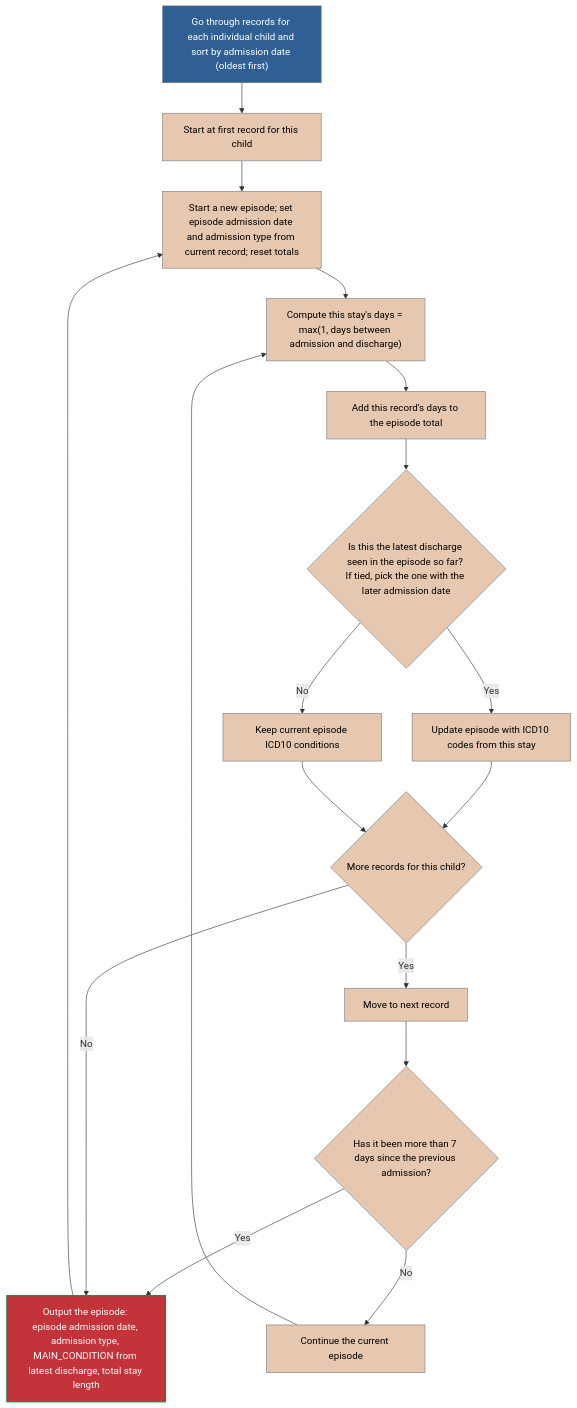
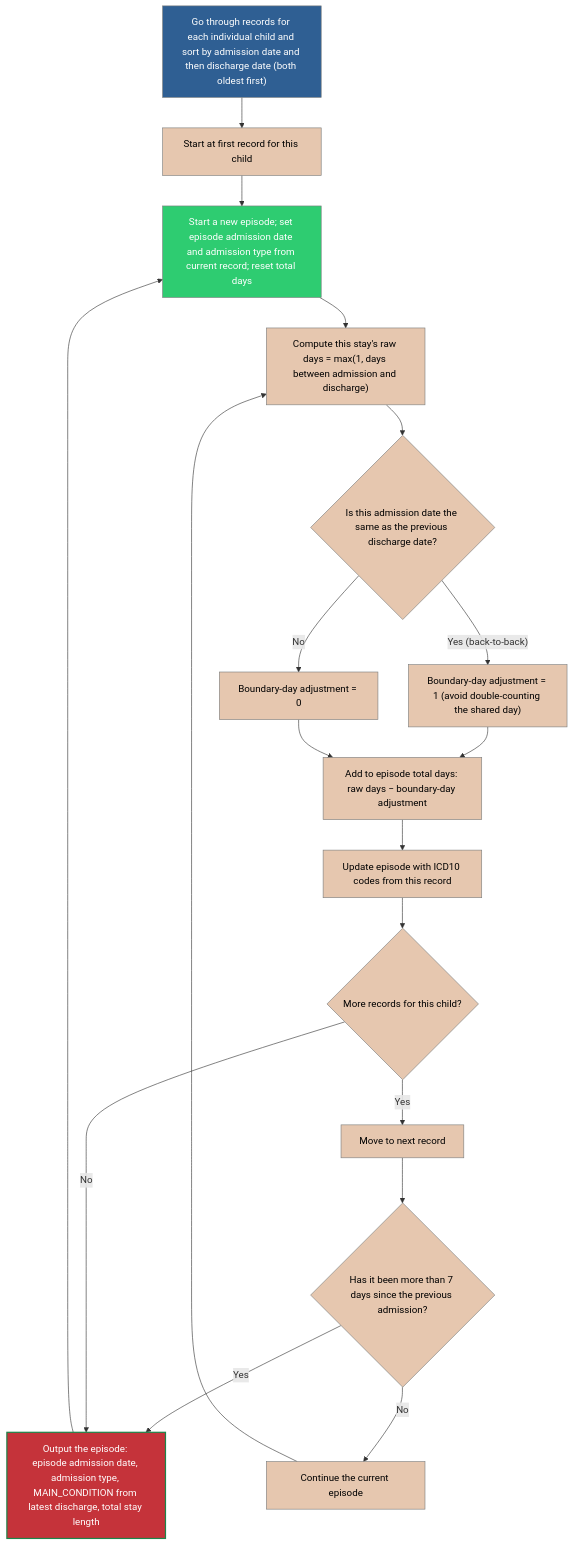
The first of 5 diagrams in arI_category.md (HomesHeatAndHealthyKids/DataLochAnalysis), drawn with Mermaid before and after one commit. The commit also changed other lines of this file, not shown here.

Commit message:
final updates for combining the admissions

````diff
--- a/arI_category.md
+++ b/arI_category.md
@@ -9,36 +12,43 @@
 ```mermaid
 
 flowchart TD
 
-  SMR_child_data["Go through records for each individual child and sort by admission date (oldest first)"] --> C["Start at first record for this child"]
-  C --> start_episode["Start a new episode; set episode admission date and admission type from current record; reset totals"]
+  SMR_child_data["Go through records for each individual child and sort by admission date and then discharge date (both oldest first) "] --> C["Start at first record for this child"]
+  C --> start_episode["Start a new episode; set episode admission date and admission type from current record; reset total days"]
   E{"Has it been more than 7 days since the previous admission?"} -->|"Yes"| SMR_output_rec
   SMR_output_rec --> start_episode
   E -->|"No"| F["Continue the current episode"]
 
-  start_episode --> G["Compute this stay's days = max(1, days between admission and discharge)"]
+  start_episode --> G["Compute this stay's raw days = max(1, days between admission and discharge)"]
   F --> G
-  G --> H["Add this record's days to the episode total"]
+  
+  G --> adm_check{"Is this admission date the same as the previous discharge date?"}
+  adm_check -->|"Yes (back-to-back)"| bound_adj["Boundary-day adjustment = 1 (avoid double-counting the shared day)"]
+  adm_check -->|"No"| no_bound_adj["Boundary-day adjustment = 0"]
+  bound_adj --> H["Add to episode total days: raw days − boundary-day adjustment"]
+  no_bound_adj --> H
 
-  H --> I{"Is this the latest discharge seen in the episode so far? If tied, pick the one with the later admission date"}
-  I -->|"Yes"| J["Update episode with ICD10 codes from this stay"]
-  I -->|"No"| K["Keep current episode ICD10 conditions"]
 
+
+  H --> J["Update episode with ICD10 codes from this record"]
+  
   J --> L{"More records for this child?"}
-  K --> L
+
   L -->|"Yes"| M["Move to next record"]
   M --> E
   L -->|"No"| SMR_output_rec["Output the episode: episode admission date, admission type, MAIN_CONDITION from latest discharge, total stay length"]
 
   %% =========================
   %% Styling
   %% =========================
   classDef record fill:	#C5333A,color: #ffffff,stroke: #1e8449,stroke-width:2px;
   classDef data fill: #2F5F93,color: #ffffff,stroke: #7b7d7d,stroke-width:1px;
   classDef node fill: #E6C7AF,color: #000000,stroke: #7b7d7d,stroke-width:1px;
+  classDef new_data fill: #2ecc71,color: #ffffff,stroke: #7b7d7d,stroke-width:1px;
 
   class SMR_output_rec record
   class SMR_child_data data
   class C,D,E,F,G,H,J,K,L,M node
+  class start_episode new_data
 
 ```
````
